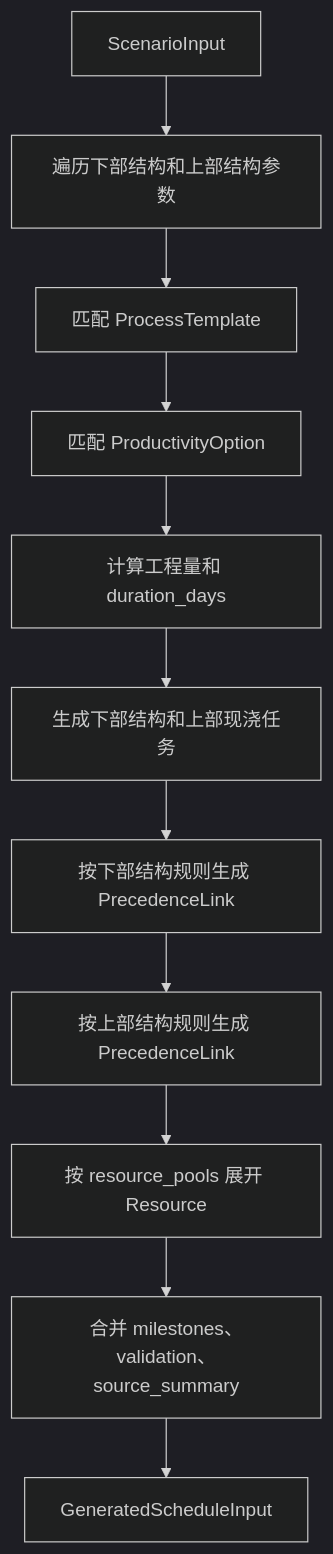
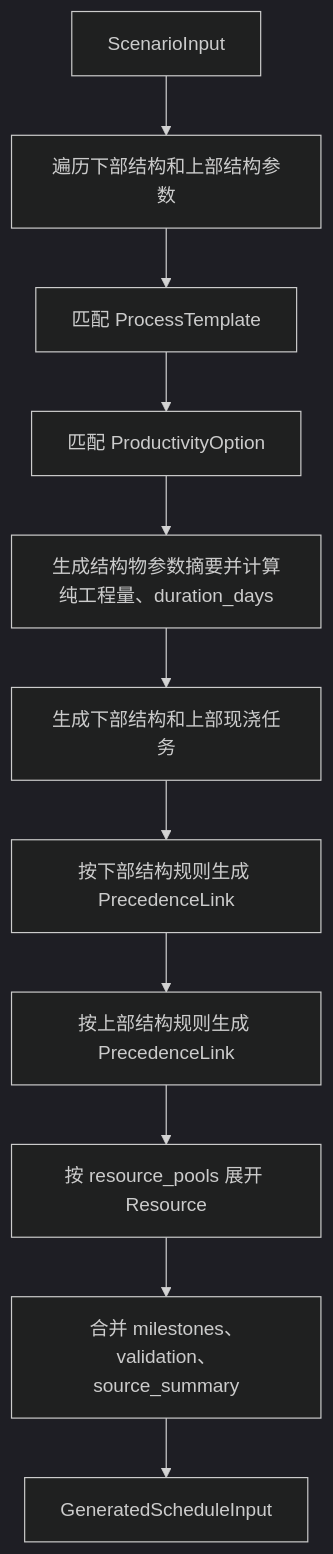
One commit to Lili-big/projectScheduling changed the fourth of 9 diagrams in docs/项目排程系统整体说明_v1.1.md. Above: the diagram before and after it, drawn with Mermaid (dark theme). The commit also changed other lines of this file and 63 other files, not shown here.

````diff
--- a/docs/项目排程系统整体说明_v1.1.md
+++ b/docs/项目排程系统整体说明_v1.1.md
@@ -234,13 +234,13 @@
 ```mermaid
 flowchart TD
   A["ScenarioInput"] --> B["遍历下部结构和上部结构参数"]
   B --> C["匹配 ProcessTemplate"]
   C --> D["匹配 ProductivityOption"]
-  D --> E["计算工程量和 duration_days"]
+  D --> E["生成结构物参数摘要并计算纯工程量、duration_days"]
   E --> F["生成下部结构和上部现浇任务"]
   F --> G["按下部结构规则生成 PrecedenceLink"]
   G --> H["按上部结构规则生成 PrecedenceLink"]
   H --> I["按 resource_pools 展开 Resource"]
   I --> J["合并 milestones、validation、source_summary"]
   J --> K["GeneratedScheduleInput"]
 ```
````
